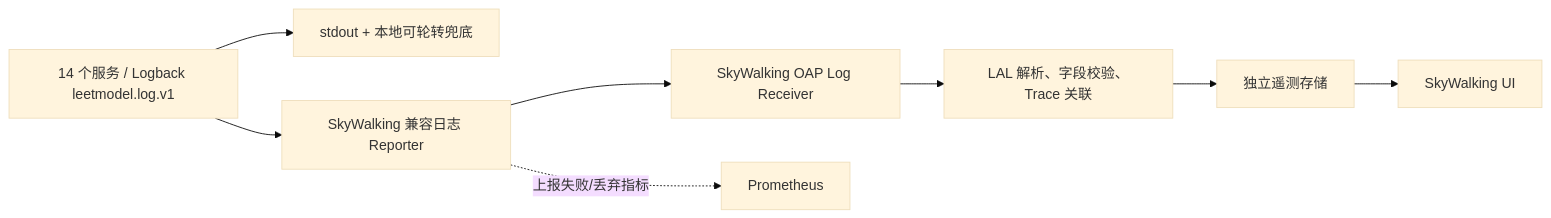
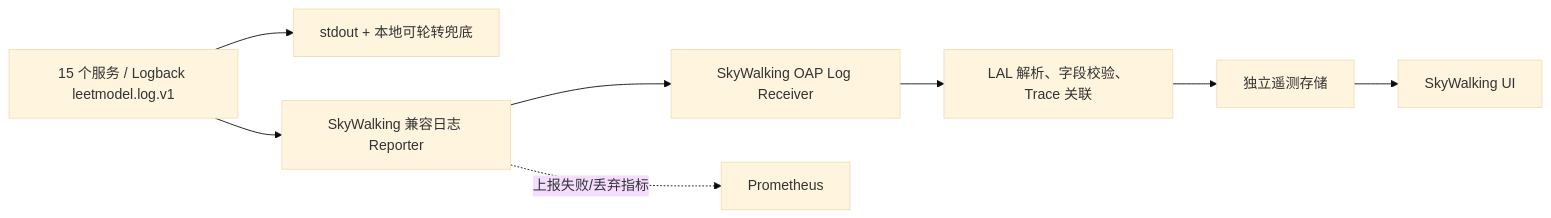
Before and after one commit to Dorian7Alden/LeetModel: the diagram in docs/project/02-架构设计/日志系统.md, drawn with Mermaid (base theme). The commit also changed other lines of this file and 29 other files, not shown here.

````diff
--- a/docs/project/02-架构设计/日志系统.md
+++ b/docs/project/02-架构设计/日志系统.md
@@ -40,10 +40,10 @@
 ```mermaid
 flowchart LR
-    APP["14 个服务 / Logback leetmodel.log.v1"] --> STDOUT["stdout + 本地可轮转兜底"]
+    APP["15 个服务 / Logback leetmodel.log.v1"] --> STDOUT["stdout + 本地可轮转兜底"]
     APP --> REPORTER["SkyWalking 兼容日志 Reporter"]
     REPORTER --> OAP["SkyWalking OAP Log Receiver"]
     OAP --> LAL["LAL 解析、字段校验、Trace 关联"]
     LAL --> STORE["独立遥测存储"]
     STORE --> UI["SkyWalking UI"]
     REPORTER -. "上报失败/丢弃指标" .-> PROM["Prometheus"]
 ```
````
